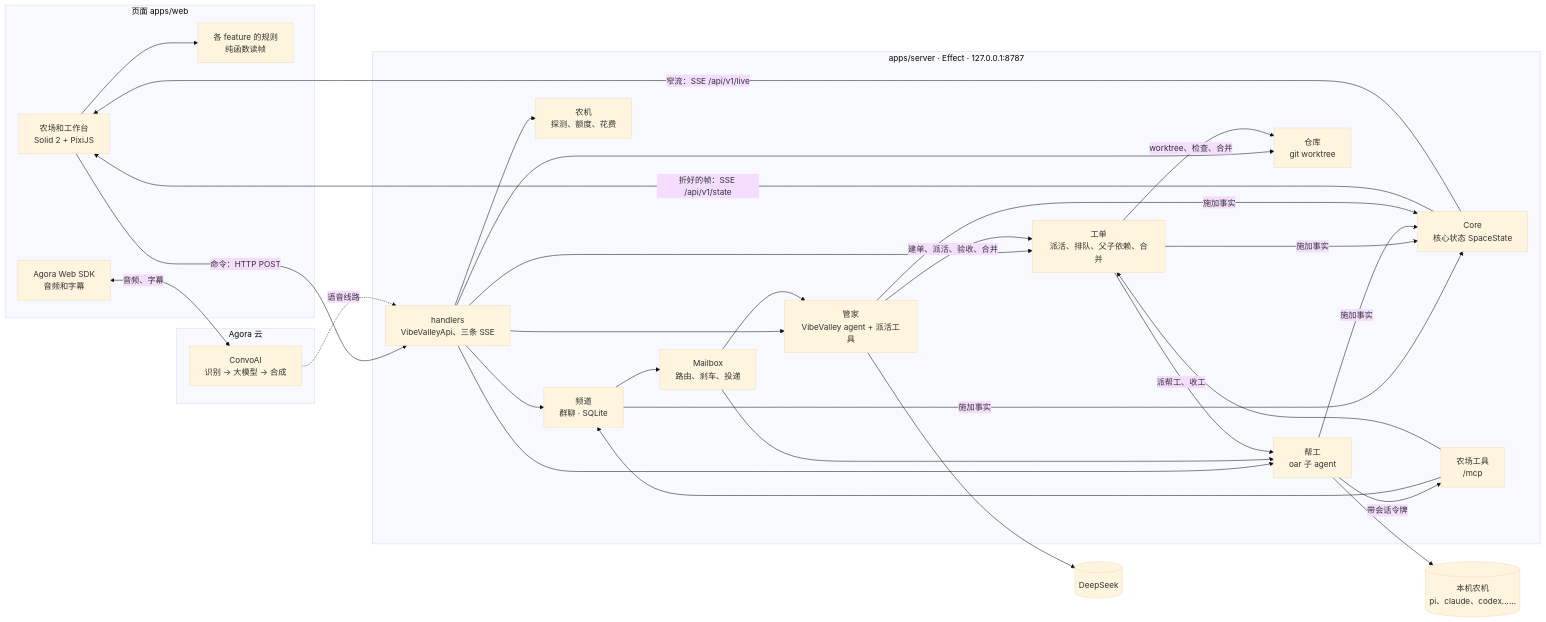
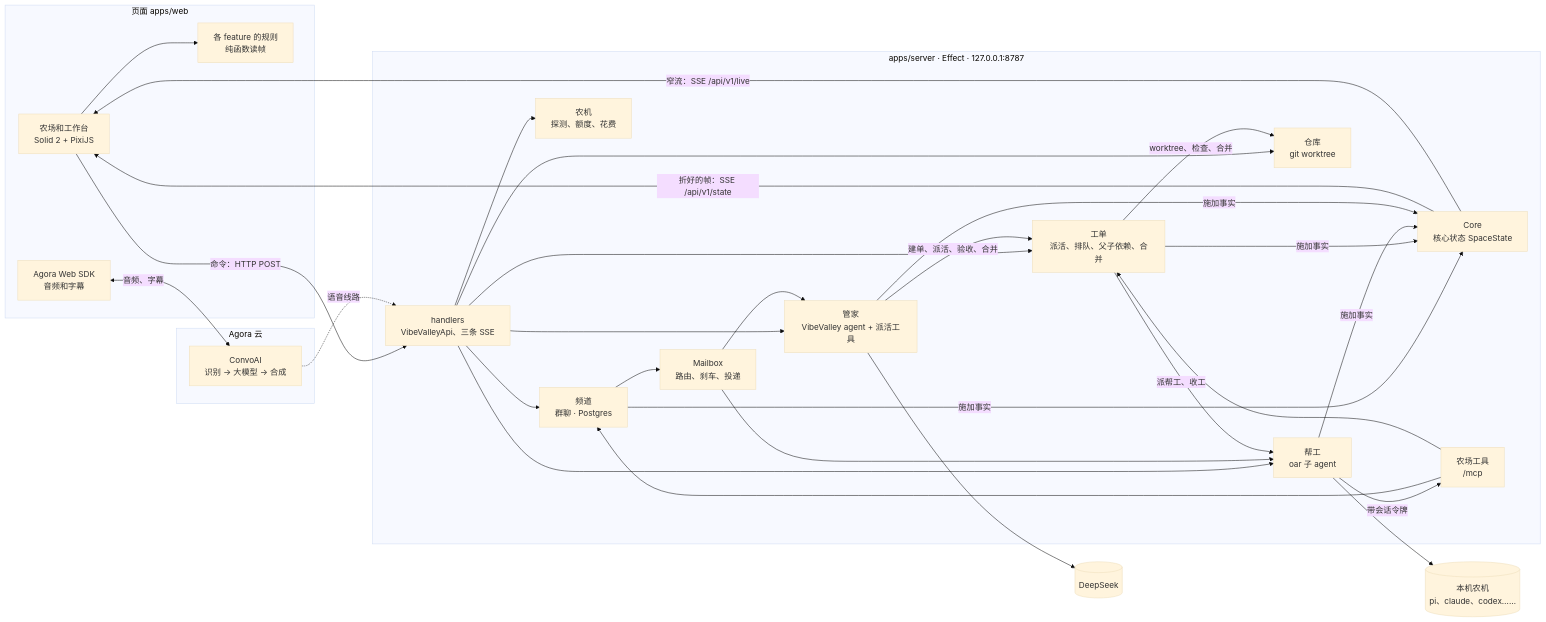
One commit to vibevalleyhq/vibevalley changed the diagram in docs/architecture.md. Above: the diagram before and after it, drawn with Mermaid (base theme). The commit also changed other lines of this file and 109 other files, not shown here.

````diff
--- a/docs/architecture.md
+++ b/docs/architecture.md
@@ -5,46 +5,46 @@
 ```mermaid
 flowchart LR
   subgraph Page[页面 apps/web]
     UI[农场和工作台<br/>Solid 2 + PixiJS]
     RULES[各 feature 的规则<br/>纯函数读帧]
     RTC[Agora Web SDK<br/>音频和字幕]
   end
 
   subgraph Server[apps/server · Effect · 127.0.0.1:8787]
     API[handlers<br/>VibeValleyApi、三条 SSE]
     SITE[Core<br/>核心状态 SpaceState]
     FM[管家<br/>VibeValley agent + 派活工具]
-    CHAT[频道<br/>群聊 · SQLite]
+    CHAT[频道<br/>群聊 · Postgres]
     MB[Mailbox<br/>路由、刹车、投递]
     TK[工单<br/>派活、排队、父子依赖、合并]
     CREW[帮工<br/>oar 子 agent]
     PRJ[仓库<br/>git worktree]
     RT[农机<br/>探测、额度、花费]
     MCP[农场工具<br/>/mcp]
   end
 
   subgraph Agora[Agora 云]
     CAI[ConvoAI<br/>识别 → 大模型 → 合成]
   end
 
   AGENTS[(本机农机<br/>pi、claude、codex……)]
   DS[(DeepSeek)]
 
   UI --> RULES
   UI -->|命令：HTTP POST| API
   SITE -->|折好的帧：SSE /api/v1/state| UI
   SITE -->|窄流：SSE /api/v1/live| UI
   API --> CHAT & FM & TK & CREW & PRJ & RT
   CHAT --> MB
   MB --> FM & CREW
   CREW -->|带会话令牌| MCP
   MCP --> CHAT & TK
   FM -->|建单、派活、验收、合并| TK
   TK -->|派帮工、收工| CREW
   TK -->|worktree、检查、合并| PRJ
   CREW --> AGENTS
   FM --> DS
   CHAT & TK & CREW & FM -->|施加事实| SITE
   RTC <-->|音频、字幕| CAI
   CAI -.->|语音线路| API
 ```
````
